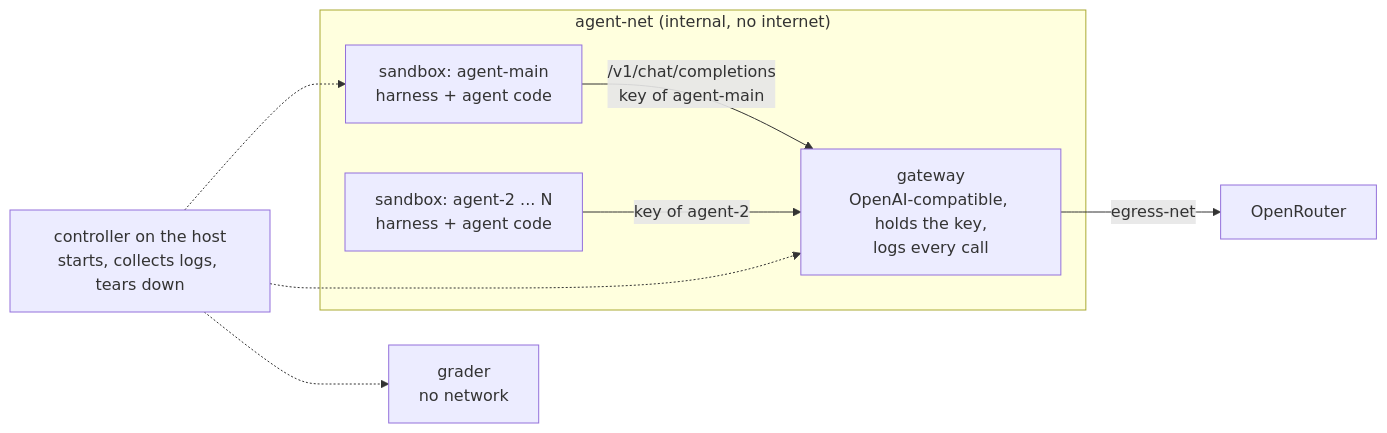
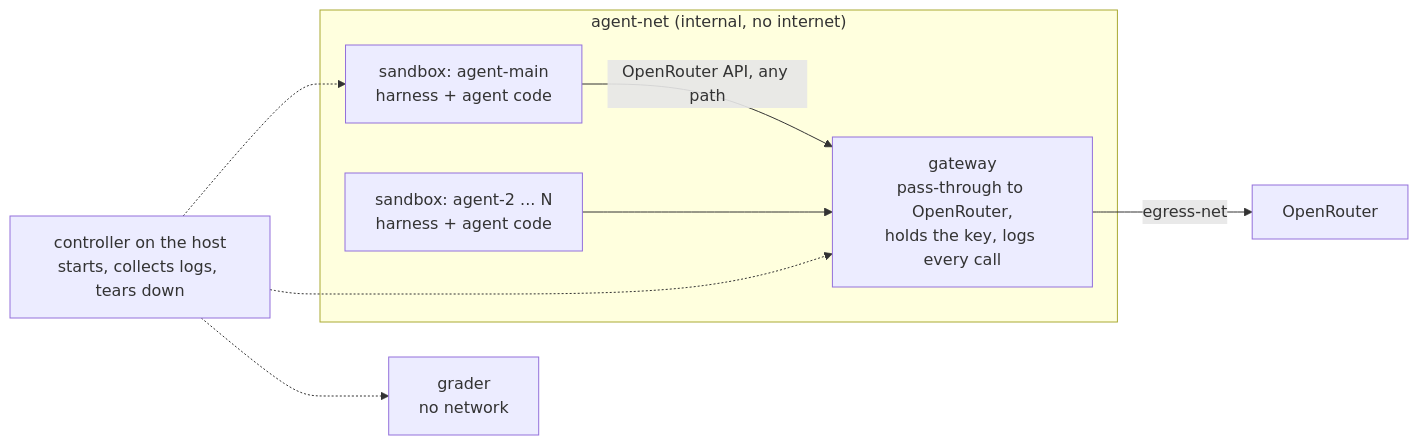
One commit to SreeSharvesh/loc-arena changed the diagram in docs/isolation/README.md. Above: the diagram before and after it, drawn with Mermaid. The commit also changed other lines of this file, not shown here.

First line of the commit message:
Plan the gateway as a pass-through to OpenRouter

````diff
--- a/docs/isolation/README.md
+++ b/docs/isolation/README.md
@@ -19,16 +20,16 @@
 ```mermaid
 flowchart LR
   subgraph agentnet["agent-net (internal, no internet)"]
     S1["sandbox: agent-main<br/>harness + agent code"]
     S2["sandbox: agent-2 ... N<br/>harness + agent code"]
-    G["gateway<br/>OpenAI-compatible, holds the key,<br/>logs every call"]
+    G["gateway<br/>pass-through to OpenRouter,<br/>holds the key, logs every call"]
   end
-  S1 -- "/v1/chat/completions<br/>key of agent-main" --> G
-  S2 -- "key of agent-2" --> G
+  S1 -- "OpenRouter API, any path" --> G
+  S2 --> G
   G -- "egress-net" --> OR["OpenRouter"]
   GR["grader<br/>no network"]
   H["controller on the host<br/>starts, collects logs, tears down"]
   H -.-> S1
   H -.-> G
   H -.-> GR
 ```
````
